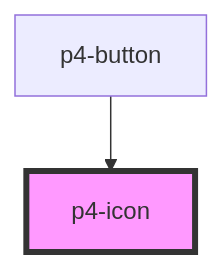
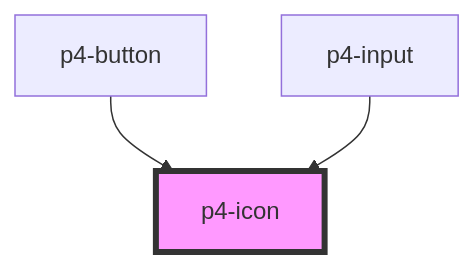
One commit to goatui/components changed the diagram in src/components/p4-icon/readme.md. Above: the diagram before and after it, drawn with Mermaid. The commit also changed other lines of this file and 58 other files, not shown here.

````diff
--- a/src/components/p4-icon/readme.md
+++ b/src/components/p4-icon/readme.md
@@ -23,5 +24,6 @@
 ```mermaid
 graph TD;
   p4-button --> p4-icon
+  p4-input --> p4-icon
   style p4-icon fill:#f9f,stroke:#333,stroke-width:4px
 ```
````
